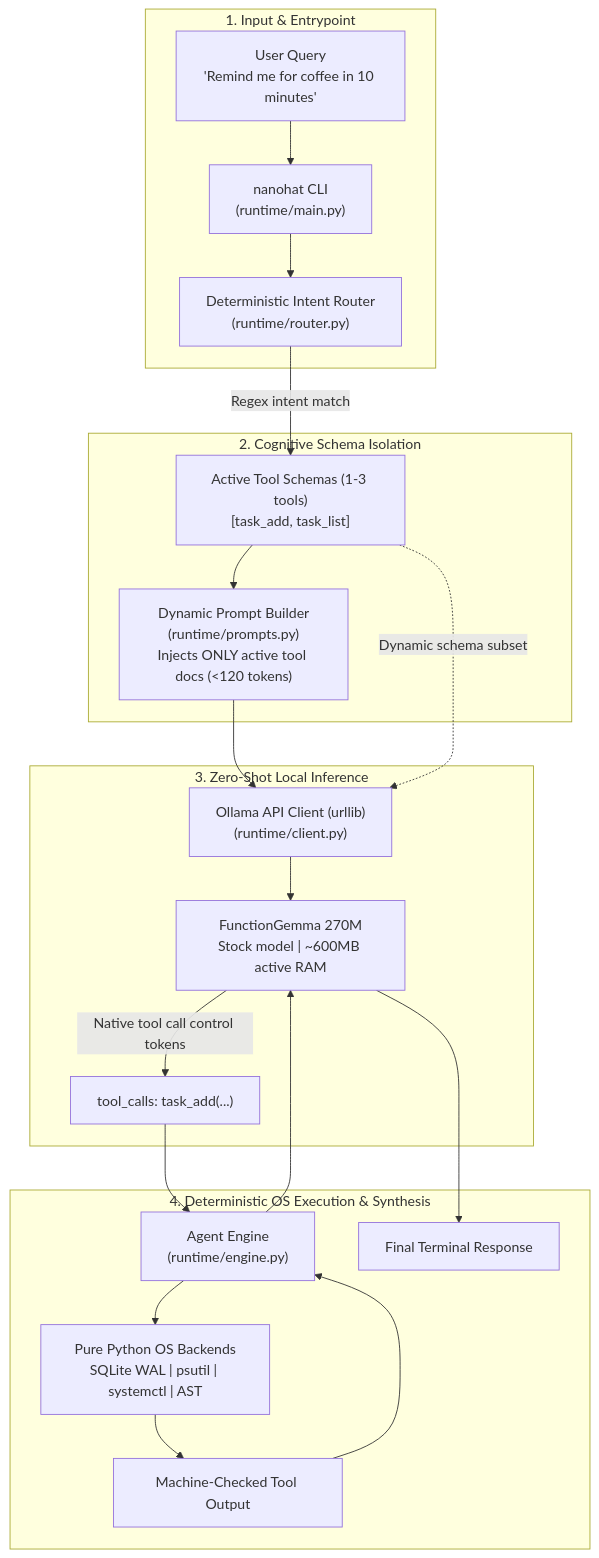
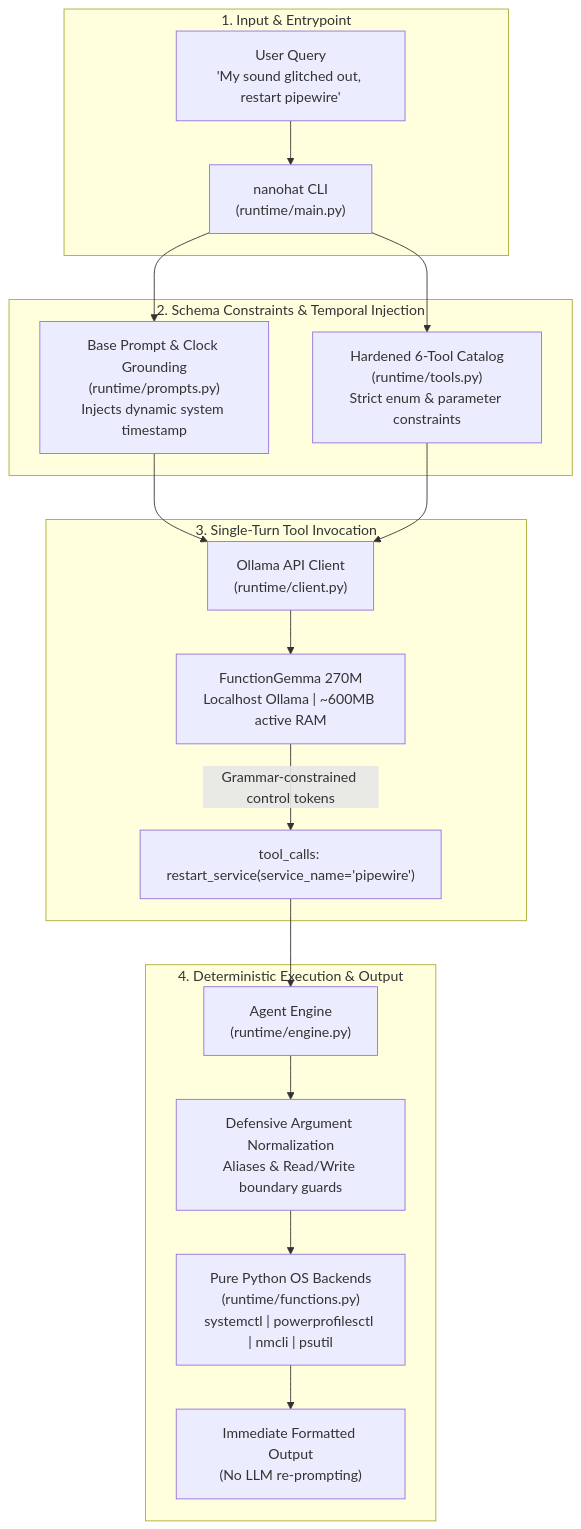
The diagram in README.md (asimansari-git/NanoHat), drawn with Mermaid before and after one commit. The commit also changed other lines of this file and 3 other files, not shown here.

````diff
--- a/README.md
+++ b/README.md
@@ -22,28 +18,26 @@
 ```mermaid
 flowchart TD
     subgraph S1 ["1. Input & Entrypoint"]
-        Query["User Query\n'Remind me for coffee in 10 minutes'"] --> CLI["nanohat CLI\n(runtime/main.py)"]
-        CLI --> Router["Deterministic Intent Router\n(runtime/router.py)"]
+        Query["User Query\n'My sound glitched out, restart pipewire'"] --> CLI["nanohat CLI\n(runtime/main.py)"]
     end
 
-    subgraph S2 ["2. Cognitive Schema Isolation"]
-        Router -->|"Regex intent match"| ActiveTools["Active Tool Schemas (1-3 tools)\n[task_add, task_list]"]
-        ActiveTools --> PromptGen["Dynamic Prompt Builder\n(runtime/prompts.py)\nInjects ONLY active tool docs (<120 tokens)"]
+    subgraph S2 ["2. Schema Constraints & Temporal Injection"]
+        CLI --> PromptGen["Base Prompt & Clock Grounding\n(runtime/prompts.py)\nInjects dynamic system timestamp"]
+        CLI --> Catalog["Hardened 6-Tool Catalog\n(runtime/tools.py)\nStrict enum & parameter constraints"]
     end
 
-    subgraph S3 ["3. Zero-Shot Local Inference"]
-        PromptGen --> Client["Ollama API Client (urllib)\n(runtime/client.py)"]
-        ActiveTools -.->|"Dynamic schema subset"| Client
-        Client --> LLM["FunctionGemma 270M\nStock model | ~600MB active RAM"]
-        LLM -->|"Native tool call control tokens"| ToolCall["tool_calls: task_add(...)"]
+    subgraph S3 ["3. Single-Turn Tool Invocation"]
+        PromptGen --> Client["Ollama API Client\n(runtime/client.py)"]
+        Catalog --> Client
+        Client --> LLM["FunctionGemma 270M\nLocalhost Ollama | ~600MB active RAM"]
+        LLM -->|"Grammar-constrained control tokens"| ToolCall["tool_calls: restart_service(service_name='pipewire')"]
     end
 
-    subgraph S4 ["4. Deterministic OS Execution & Synthesis"]
+    subgraph S4 ["4. Deterministic Execution & Output"]
         ToolCall --> Engine["Agent Engine\n(runtime/engine.py)"]
-        Engine --> Execution["Pure Python OS Backends\nSQLite WAL | psutil | systemctl | AST"]
-        Execution --> Result["Machine-Checked Tool Output"]
-        Result --> Engine
-        Engine --> LLM
-        LLM --> FinalAnswer["Final Terminal Response"]
+        Engine --> Normalizer["Defensive Argument Normalization\nAliases & Read/Write boundary guards"]
+        Normalizer --> Execution["Pure Python OS Backends\n(runtime/functions.py)\nsystemctl | powerprofilesctl | nmcli | psutil"]
+        Execution --> DirectOutput["Immediate Formatted Output\n(No LLM re-prompting)"]
     end
+
 ```
````
